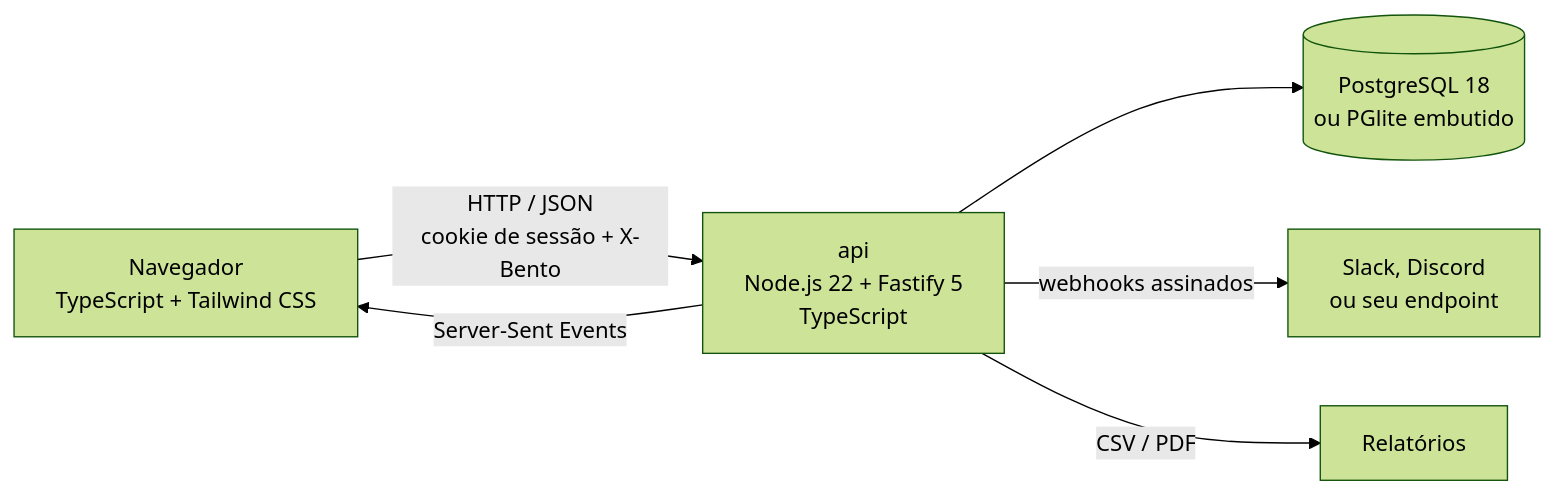
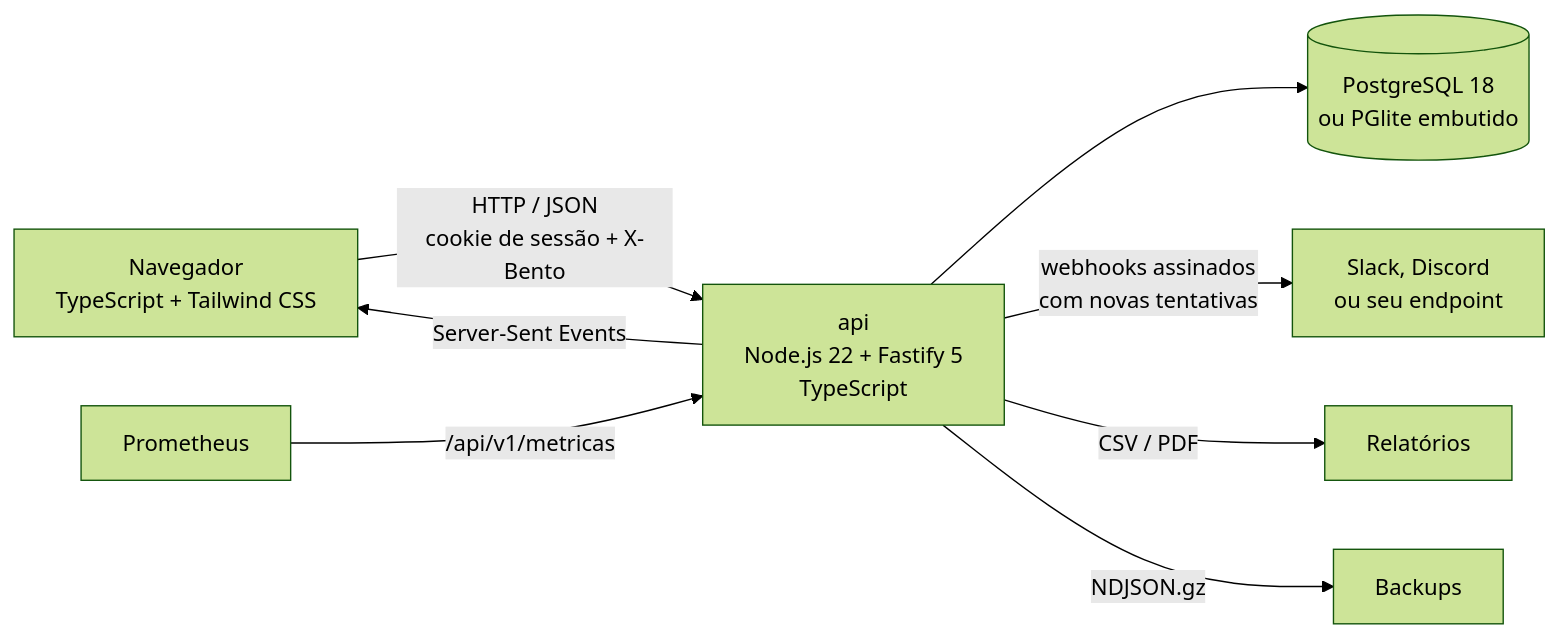
The diagram in README.md (ravelroot/Data-Driven-Admin-Panel), drawn with Mermaid (forest theme) before and after one commit. The commit also changed other lines of this file and 118 other files, not shown here.

````diff
--- a/README.md
+++ b/README.md
@@ -51,8 +54,10 @@
 ```mermaid
 flowchart LR
     UI["Navegador<br/>TypeScript + Tailwind CSS"] -- "HTTP / JSON<br/>cookie de sessão + X-Bento" --> API["api<br/>Node.js 22 + Fastify 5<br/>TypeScript"]
     API -- "Server-Sent Events" --> UI
     API --> BD[("PostgreSQL 18<br/>ou PGlite embutido")]
-    API -- "webhooks assinados" --> EXT["Slack, Discord<br/>ou seu endpoint"]
+    API -- "webhooks assinados<br/>com novas tentativas" --> EXT["Slack, Discord<br/>ou seu endpoint"]
     API -- "CSV / PDF" --> REL["Relatórios"]
+    API -- "NDJSON.gz" --> BKP["Backups"]
+    PROM["Prometheus"] -- "/api/v1/metricas" --> API
 ```
````
